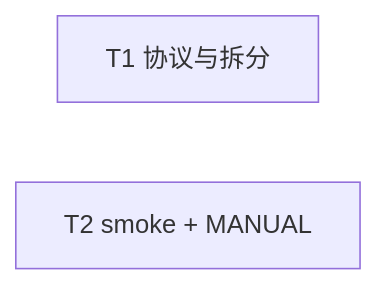
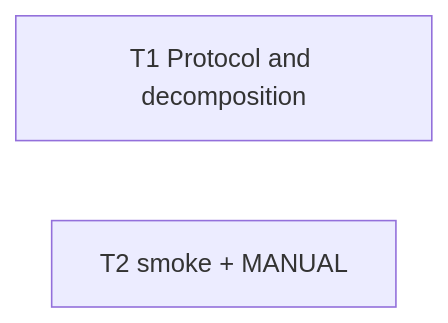
The diagram in docs/specs/0013-harness-present-protocol.md (Curry09/AHE-Beta), drawn with Mermaid before and after one commit. The commit also changed other lines of this file and 531 other files, not shown here.

````diff
--- a/docs/specs/0013-harness-present-protocol.md
+++ b/docs/specs/0013-harness-present-protocol.md
@@ -88,5 +88,5 @@
 ```mermaid
 graph LR
-  T1[T1 协议与拆分]
+  T1[T1 Protocol and decomposition]
   T2[T2 smoke + MANUAL]
 ```
````
